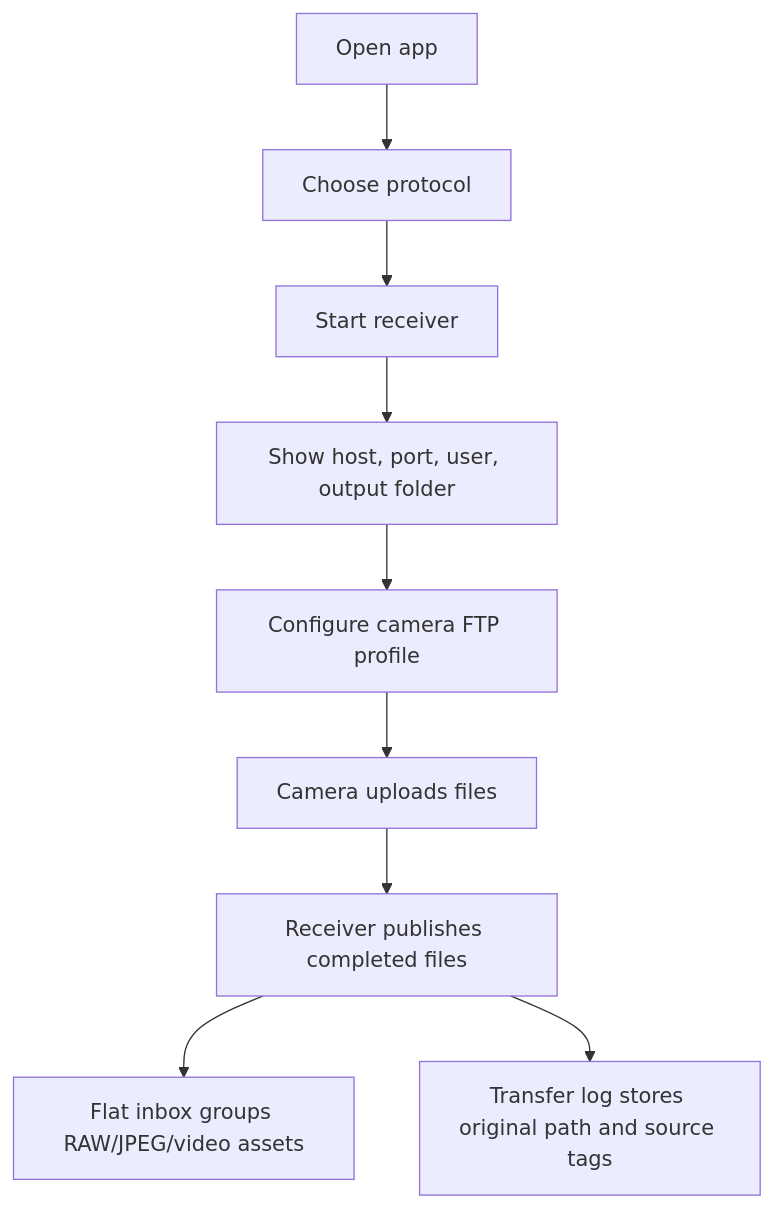
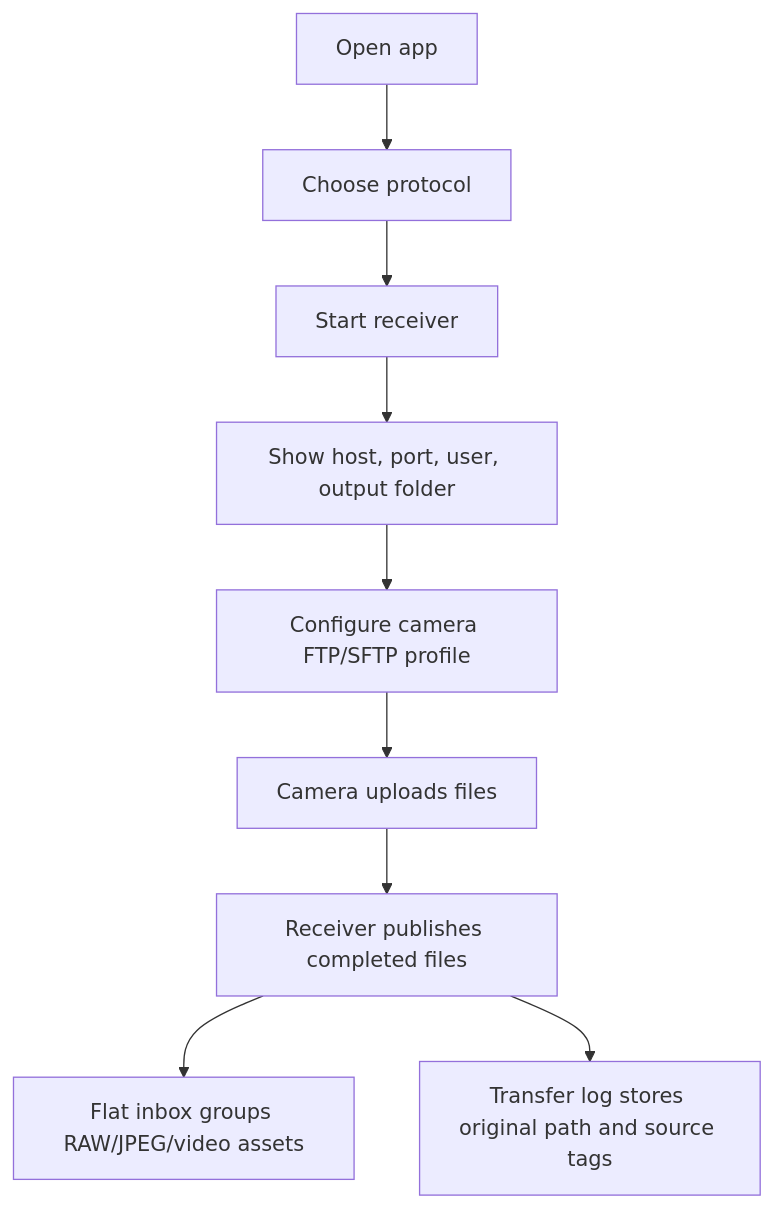
The diagram in docs/product/prototype-spec.md (CrazyNB/camera_connector), drawn with Mermaid before and after one commit. The commit also changed other lines of this file and 4 other files, not shown here.

````diff
--- a/docs/product/prototype-spec.md
+++ b/docs/product/prototype-spec.md
@@ -9,11 +9,11 @@
 ```mermaid
 flowchart TD
   A["Open app"] --> B["Choose protocol"]
   B --> C["Start receiver"]
   C --> D["Show host, port, user, output folder"]
-  D --> E["Configure camera FTP profile"]
+  D --> E["Configure camera FTP/SFTP profile"]
   E --> F["Camera uploads files"]
   F --> G["Receiver publishes completed files"]
   G --> H["Flat inbox groups RAW/JPEG/video assets"]
   G --> I["Transfer log stores original path and source tags"]
 ```
````
